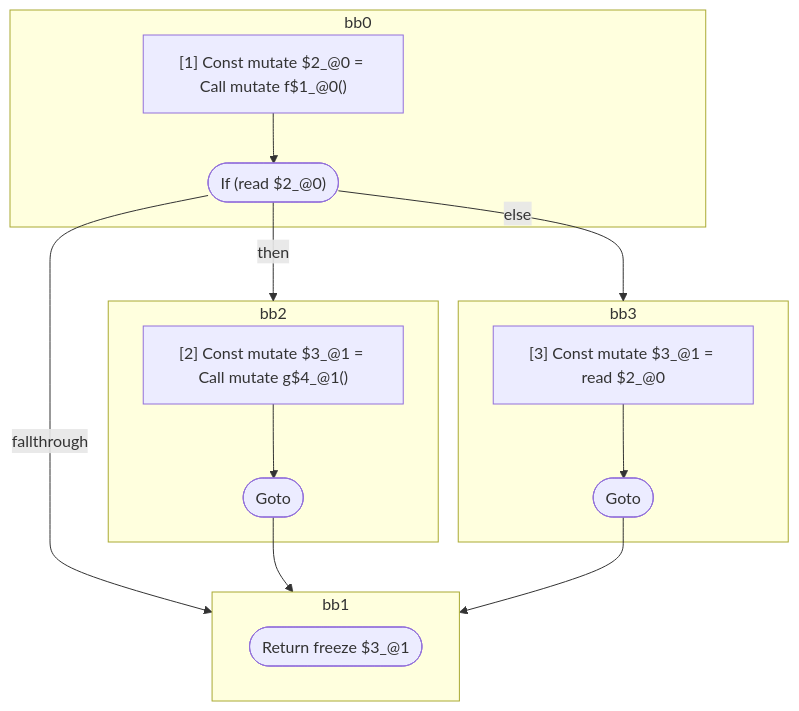
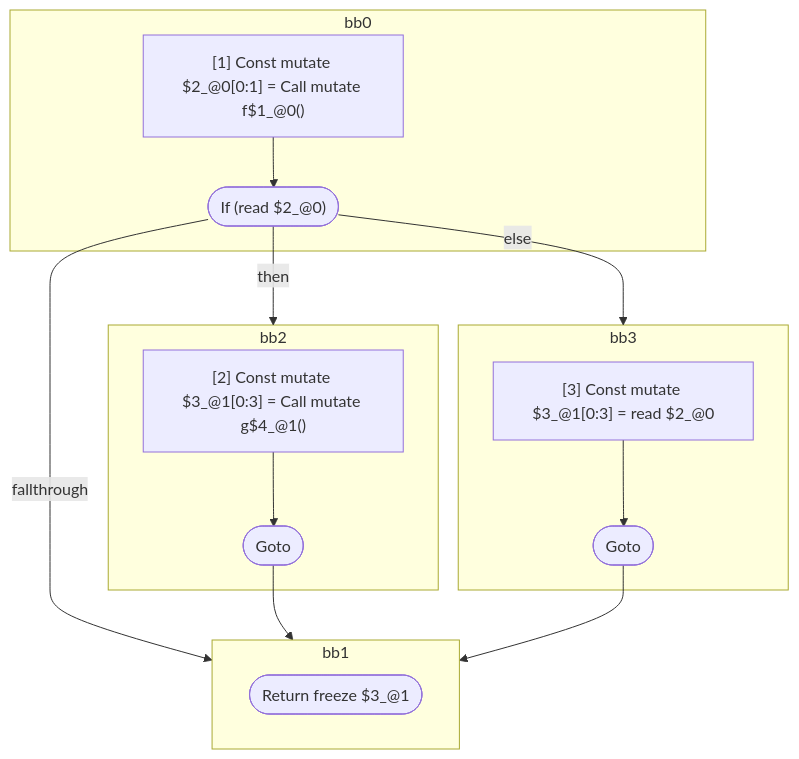
One commit to wutsmog/private changed the first of 5 diagrams in compiler/forget/src/__tests__/fixtures/hir/logical-expression.expect.md. Above: the diagram before and after it, drawn with Mermaid. The commit also changed other lines of this file and 33 other files, not shown here.

````diff
--- a/compiler/forget/src/__tests__/fixtures/hir/logical-expression.expect.md
+++ b/compiler/forget/src/__tests__/fixtures/hir/logical-expression.expect.md
@@ -43,33 +43,33 @@
 ```mermaid
 flowchart TB
   %% Basic Blocks
   subgraph bb0
     bb0_instrs["
-      [1] Const mutate $2_@0 = Call mutate f$1_@0()
+      [1] Const mutate $2_@0[0:1] = Call mutate f$1_@0()
     "]
     bb0_instrs --> bb0_terminal(["If (read $2_@0)"])
   end
   subgraph bb2
     bb2_instrs["
-      [2] Const mutate $3_@1 = Call mutate g$4_@1()
+      [2] Const mutate $3_@1[0:3] = Call mutate g$4_@1()
     "]
     bb2_instrs --> bb2_terminal(["Goto"])
   end
   subgraph bb3
     bb3_instrs["
-      [3] Const mutate $3_@1 = read $2_@0
+      [3] Const mutate $3_@1[0:3] = read $2_@0
     "]
     bb3_instrs --> bb3_terminal(["Goto"])
   end
   subgraph bb1
     bb1_terminal(["Return freeze $3_@1"])
   end
 
   %% Jumps
   bb0_terminal -- then --> bb2
   bb0_terminal -- else --> bb3
   bb0_terminal -- fallthrough --> bb1
   bb2_terminal --> bb1
   bb3_terminal --> bb1
 
 ```
````
